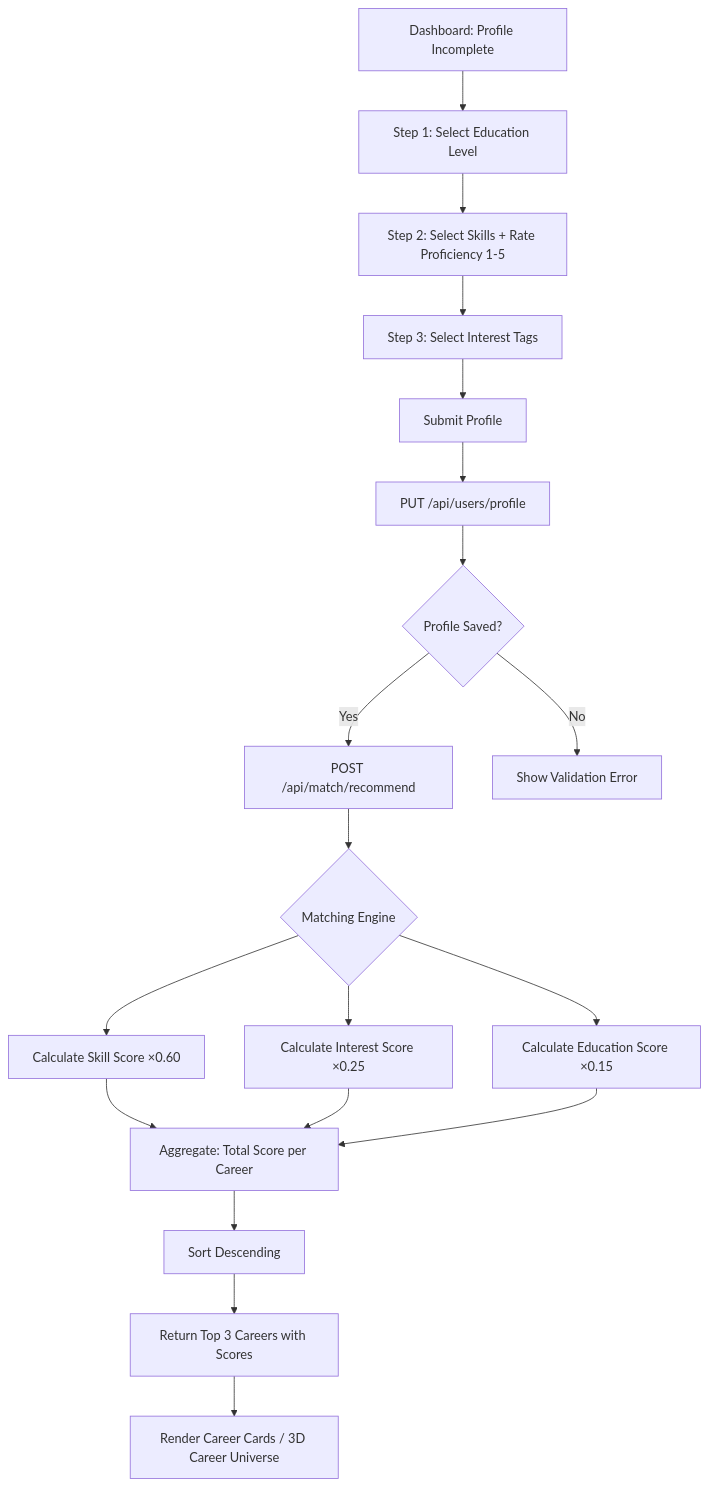
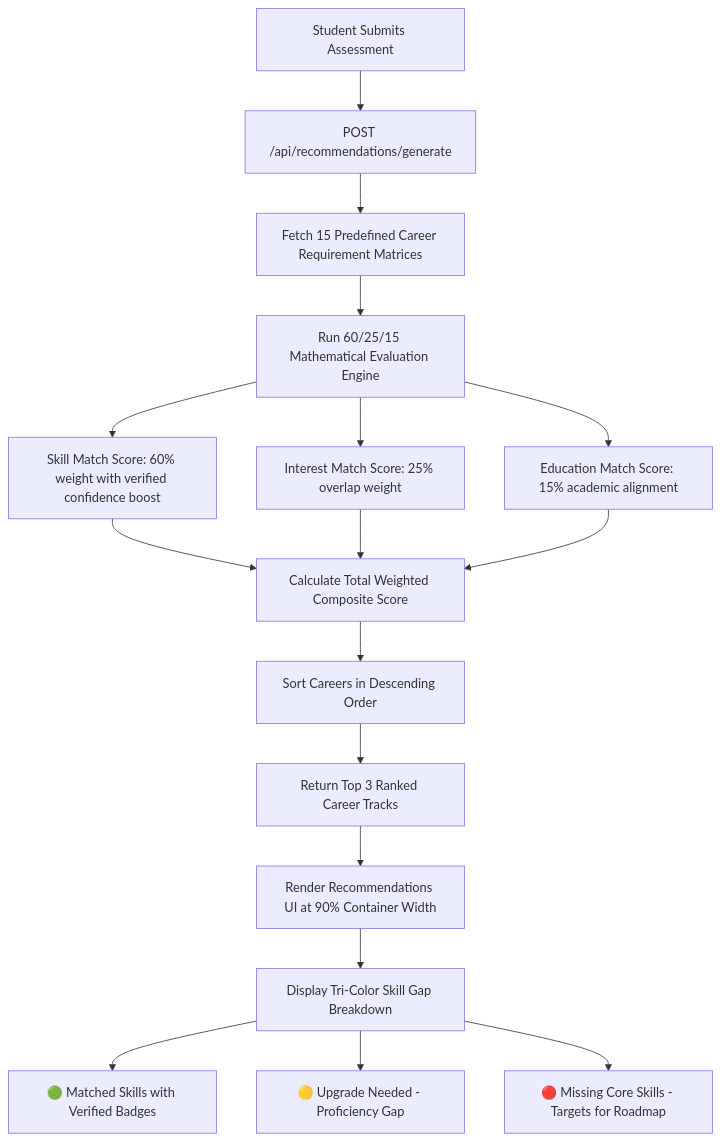
One commit to parthpatil1234p-svg/careerpath-ai changed the fourth of 5 diagrams in docs/APP-FLOW.md. Above: the diagram before and after it, drawn with Mermaid. The commit also changed other lines of this file and 10 other files, not shown here.

````diff
--- a/docs/APP-FLOW.md
+++ b/docs/APP-FLOW.md
@@ -70,21 +91,20 @@
 ```mermaid
 flowchart TD
-    A[Dashboard: Profile Incomplete] --> B[Step 1: Select Education Level]
-    B --> C[Step 2: Select Skills + Rate Proficiency 1-5]
-    C --> D[Step 3: Select Interest Tags]
-    D --> E[Submit Profile]
-    E --> F[PUT /api/users/profile]
-    F --> G{Profile Saved?}
-    G -- Yes --> H[POST /api/match/recommend]
-    G -- No --> I[Show Validation Error]
+    A[Student Submits Assessment] --> B[POST /api/recommendations/generate]
+    B --> C[Fetch 15 Predefined Career Requirement Matrices]
     
-    H --> J{Matching Engine}
-    J --> K[Calculate Skill Score ×0.60]
-    J --> L[Calculate Interest Score ×0.25]
-    J --> M[Calculate Education Score ×0.15]
+    C --> D[Run 60/25/15 Mathematical Evaluation Engine]
+    D --> E[Skill Match Score: 60% weight with verified confidence boost]
+    D --> F[Interest Match Score: 25% overlap weight]
+    D --> G[Education Match Score: 15% academic alignment]
     
-    K & L & M --> N[Aggregate: Total Score per Career]
-    N --> O[Sort Descending]
-    O --> P[Return Top 3 Careers with Scores]
-    P --> Q[Render Career Cards / 3D Career Universe]
+    E & F & G --> H[Calculate Total Weighted Composite Score]
+    H --> I[Sort Careers in Descending Order]
+    I --> J[Return Top 3 Ranked Career Tracks]
+    
+    J --> K[Render Recommendations UI at 90% Container Width]
+    K --> L[Display Tri-Color Skill Gap Breakdown]
+    L --> M[🟢 Matched Skills with Verified Badges]
+    L --> N[🟡 Upgrade Needed - Proficiency Gap]
+    L --> O[🔴 Missing Core Skills - Targets for Roadmap]
 ```
````
